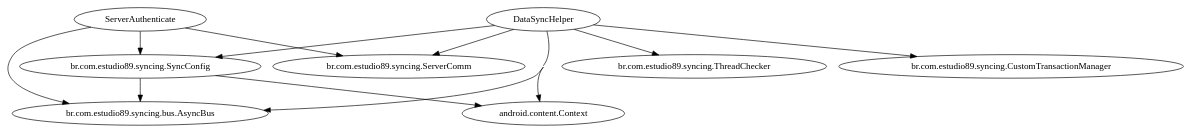
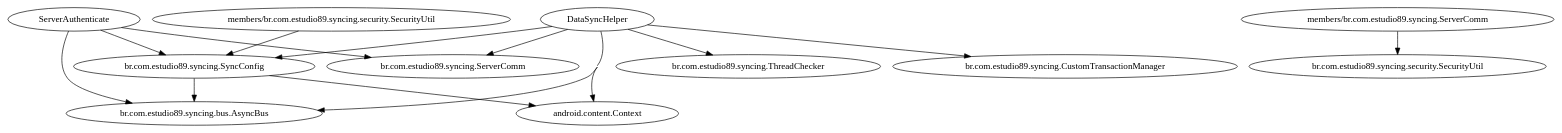
The diagram in target/classes/br/com/estudio89/syncing/injection/AppContextModule.dot (estudio89/android-syncing), drawn with Graphviz before and after one commit. The commit also changed 66 other files, not shown here.

```diff
--- a/target/classes/br/com/estudio89/syncing/injection/AppContextModule.dot
+++ b/target/classes/br/com/estudio89/syncing/injection/AppContextModule.dot
@@ -1,20 +1,25 @@
 digraph G1 {
   concentrate = true;
   n2 [label="android.content.Context"];
   DataSyncHelper -> n2;
   n3 [label="br.com.estudio89.syncing.SyncConfig"];
   DataSyncHelper -> n3;
   n4 [label="br.com.estudio89.syncing.ThreadChecker"];
   DataSyncHelper -> n4;
   n5 [label="br.com.estudio89.syncing.bus.AsyncBus"];
   DataSyncHelper -> n5;
   n6 [label="br.com.estudio89.syncing.CustomTransactionManager"];
   DataSyncHelper -> n6;
   n7 [label="br.com.estudio89.syncing.ServerComm"];
   DataSyncHelper -> n7;
   ServerAuthenticate -> n3;
   ServerAuthenticate -> n5;
   ServerAuthenticate -> n7;
   n3 -> n2;
   n3 -> n5;
+  n8 [label="members/br.com.estudio89.syncing.ServerComm"];
+  n9 [label="br.com.estudio89.syncing.security.SecurityUtil"];
+  n8 -> n9;
+  n10 [label="members/br.com.estudio89.syncing.security.SecurityUtil"];
+  n10 -> n3;
 }
```
